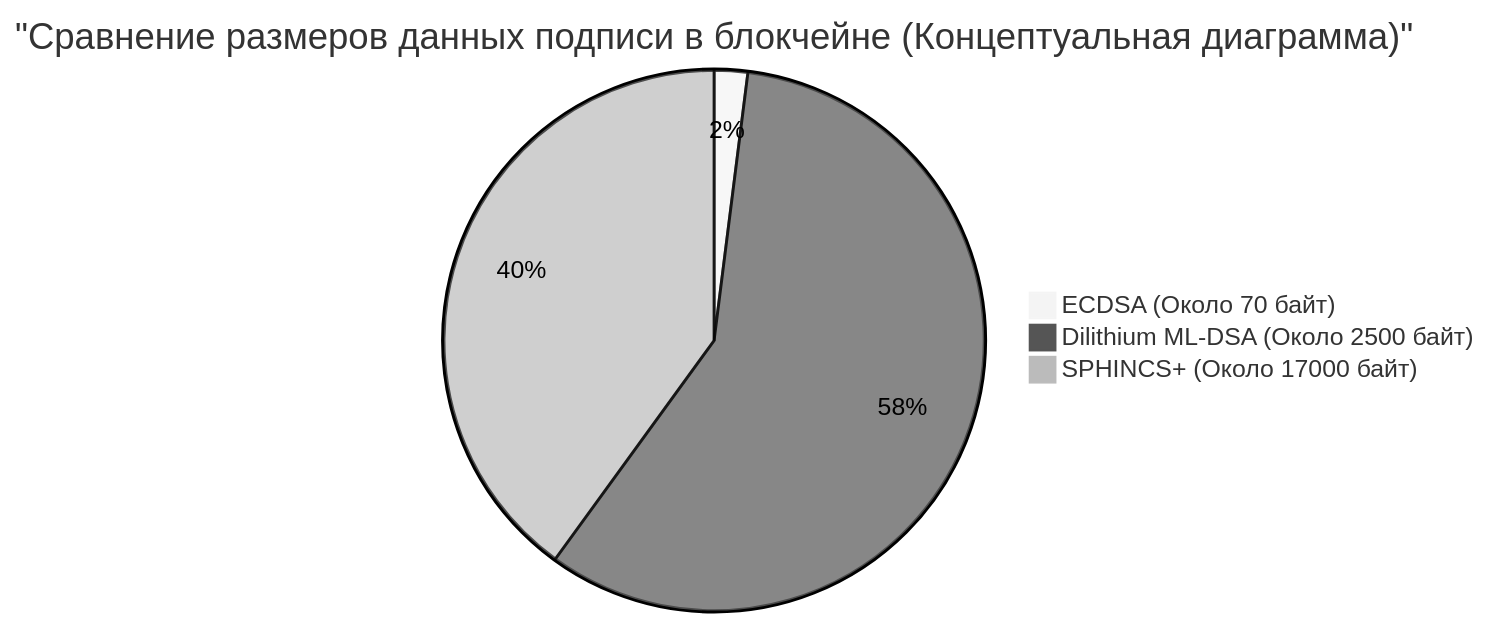
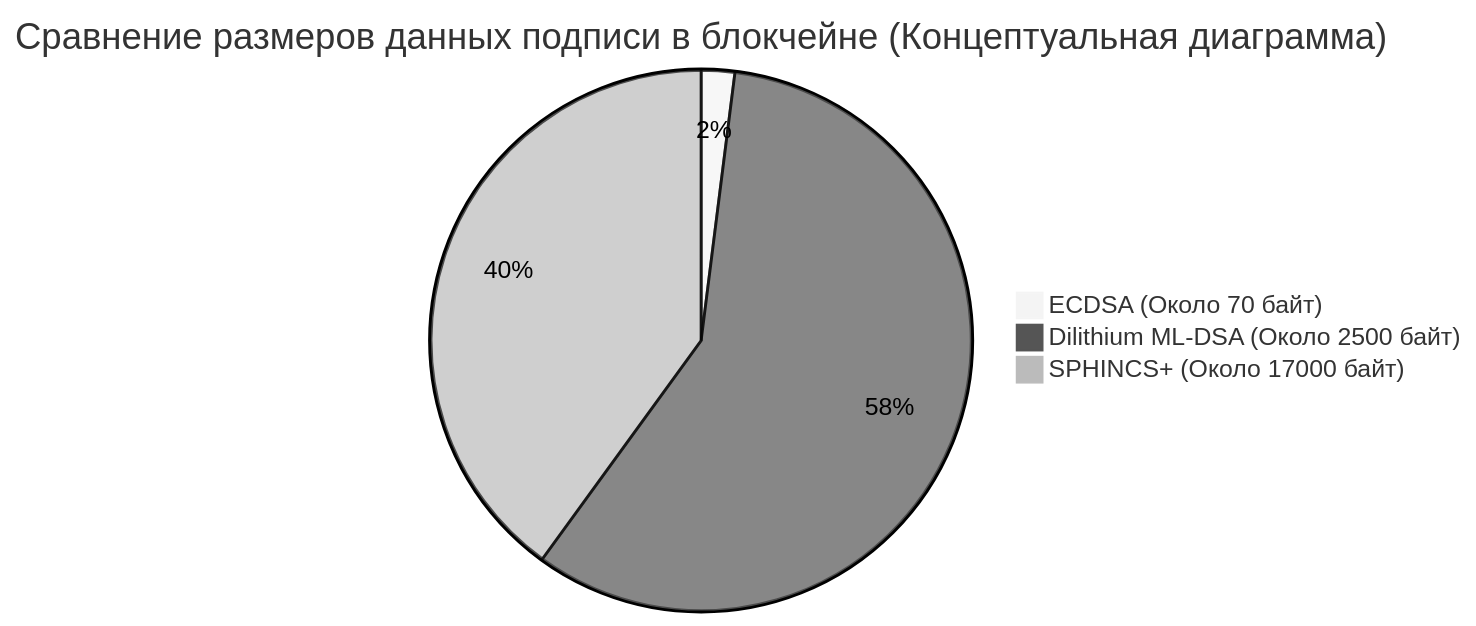
The third of 3 diagrams in content/post/ポスト量子時代のブロックチェーン/index.ru.md (kenjinote/blog), drawn with Mermaid (neutral theme) before and after one commit. The commit also changed other lines of this file and 703 other files, not shown here.

Commit message:
Fix: Remove quotes from Mermaid link texts and timeline definitions to support Mermaid 11.4.1

````diff
--- a/content/post/ポスト量子時代のブロックチェーン/index.ru.md
+++ b/content/post/ポスト量子時代のブロックチェーン/index.ru.md
@@ -277,6 +277,6 @@
 ```mermaid
-pie title "Сравнение размеров данных подписи в блокчейне (Концептуальная диаграмма)"
+pie title Сравнение размеров данных подписи в блокчейне (Концептуальная диаграмма)
     "ECDSA (Около 70 байт)" : 2
     "Dilithium ML-DSA (Около 2500 байт)" : 58
     "SPHINCS+ (Около 17000 байт)" : 40
 ```
````
